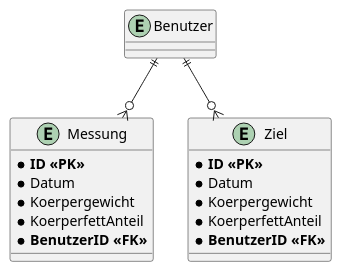
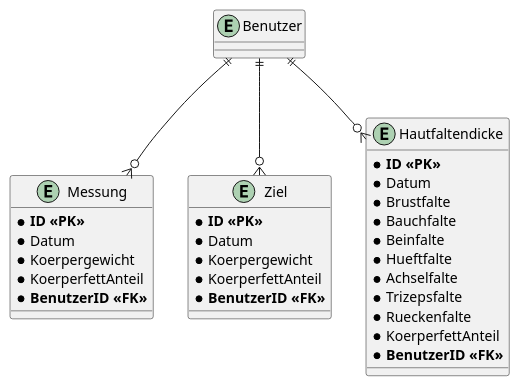
Before and after one commit to justinhada/TrainHarder: the diagram in designs/DietHarder.puml, drawn with PlantUML. The commit also changed 25 other files, not shown here.

```diff
--- a/designs/DietHarder.puml
+++ b/designs/DietHarder.puml
@@ -1,24 +1,40 @@
 @startuml
 entity Benutzer
 
 entity Messung
 {
     * **ID <<PK>>**
     * Datum
     * Koerpergewicht
     * KoerperfettAnteil
     * **BenutzerID <<FK>>**
 }
 
 entity Ziel
 {
     * **ID <<PK>>**
     * Datum
     * Koerpergewicht
     * KoerperfettAnteil
     * **BenutzerID <<FK>>**
 }
 
+entity Hautfaltendicke
+{
+    * **ID <<PK>>**
+    * Datum
+    * Brustfalte
+    * Bauchfalte
+    * Beinfalte
+    * Hueftfalte
+    * Achselfalte
+    * Trizepsfalte
+    * Rueckenfalte
+    * KoerperfettAnteil
+    * **BenutzerID <<FK>>**
+}
+
 Benutzer ||--o{ Messung
 Benutzer ||--o{ Ziel
+Benutzer ||--o{ Hautfaltendicke
 @enduml
```
